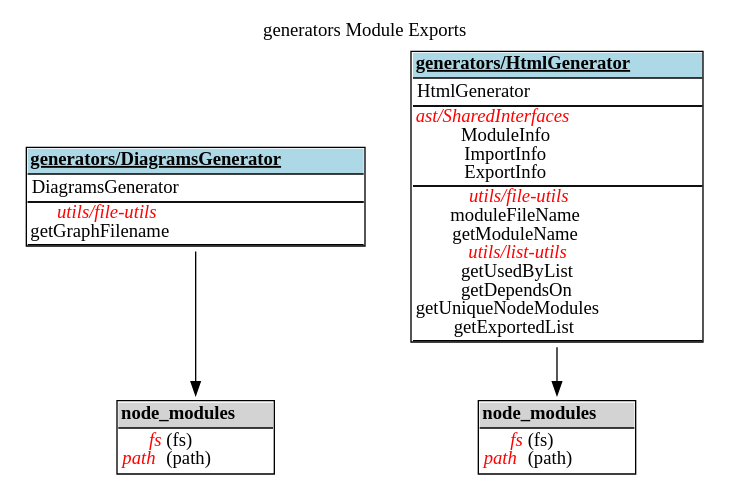
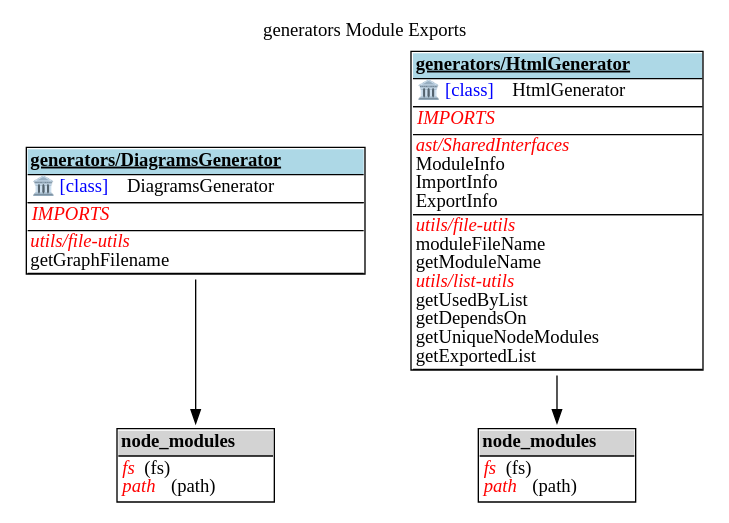
Before and after one commit to fleebe/GitHubPages: the diagram in dep-graph-ts/generators_ExportGraph.dot, drawn with Graphviz. The commit also changed 22 other files, not shown here.

Commit message:
Update docs for dep-graph-ts from fleebe/dep-graph-ts workflow

```diff
--- a/dep-graph-ts/generators_ExportGraph.dot
+++ b/dep-graph-ts/generators_ExportGraph.dot
@@ -1,51 +1,57 @@
 digraph {label="generators Module Exports";
 labelloc="t";
 "generators/DiagramsGenerator" [shape=none, label=<<TABLE cellspacing="0" cellborder="0" align="left">
-<TR><TD bgcolor="lightblue" HREF="tsdocs\modules\generators_DiagramsGenerator.html" TARGET="_blank" align="center"><U><B>generators/DiagramsGenerator</B></U></TD></TR>
-<TR><TD BORDER="1" SIDES="TB" align="left">
-DiagramsGenerator<BR/>
+<TR><TD bgcolor="lightblue" HREF="tsdocs\modules\generators_DiagramsGenerator.html" TARGET="_blank" align="CENTER"><U><B>generators/DiagramsGenerator</B></U></TD></TR>
+<TR><TD BORDER="1" SIDES="TB" ALIGN="LEFT" BALIGN="LEFT">
+<font color='blue'>🏛️ [class]</font>  DiagramsGenerator<BR/>
 </TD></TR>
-<TR><TD BORDER="1" SIDES="TB" cellpadding="1" align="left">
+<TR><TD BORDER="1" SIDES="T" align="LEFT">
+<font color="red"><I>IMPORTS</I></font><BR/>
+</TD></TR>
+<TR><TD BORDER="1" SIDES="TB" cellpadding="1" align="left" BALIGN="LEFT">
 <font color="red"><I>utils/file-utils</I></font><BR/>
 getGraphFilename<BR/>
 </TD></TR>
 </TABLE>>];
 "generators/DiagramsGenerator-node_modules" [shape=none, label=<<TABLE cellspacing="0" cellborder="0" align="left">
 <TR><TD bgcolor="lightgrey" align="center"><B>node_modules</B></TD></TR>
-<TR><TD BORDER="1" SIDES="T" align="left">
-<font color="red"><I>fs</I></font> (fs)<BR/>
-<font color="red"><I>path</I></font> (path)<BR/>
+<TR><TD BORDER="1" SIDES="T" align="left" BALIGN="LEFT">
+<font color="red"><I>fs</I></font>  (fs)<BR/>
+<font color="red"><I>path</I></font>  (path)<BR/>
 </TD></TR>
 </TABLE>>];
 "generators/DiagramsGenerator"->"generators/DiagramsGenerator-node_modules";
 "generators/HtmlGenerator" [shape=none, label=<<TABLE cellspacing="0" cellborder="0" align="left">
-<TR><TD bgcolor="lightblue" HREF="tsdocs\modules\generators_HtmlGenerator.html" TARGET="_blank" align="center"><U><B>generators/HtmlGenerator</B></U></TD></TR>
-<TR><TD BORDER="1" SIDES="TB" align="left">
-HtmlGenerator<BR/>
+<TR><TD bgcolor="lightblue" HREF="tsdocs\modules\generators_HtmlGenerator.html" TARGET="_blank" align="CENTER"><U><B>generators/HtmlGenerator</B></U></TD></TR>
+<TR><TD BORDER="1" SIDES="TB" ALIGN="LEFT" BALIGN="LEFT">
+<font color='blue'>🏛️ [class]</font>  HtmlGenerator<BR/>
 </TD></TR>
-<TR><TD BORDER="1" SIDES="TB" cellpadding="1" align="left">
+<TR><TD BORDER="1" SIDES="T" align="LEFT">
+<font color="red"><I>IMPORTS</I></font><BR/>
+</TD></TR>
+<TR><TD BORDER="1" SIDES="TB" cellpadding="1" align="left" BALIGN="LEFT">
 <font color="red"><I>ast/SharedInterfaces</I></font><BR/>
 ModuleInfo<BR/>
 ImportInfo<BR/>
 ExportInfo<BR/>
 </TD></TR>
-<TR><TD BORDER="1" SIDES="TB" cellpadding="1" align="left">
+<TR><TD BORDER="1" SIDES="TB" cellpadding="1" align="left" BALIGN="LEFT">
 <font color="red"><I>utils/file-utils</I></font><BR/>
 moduleFileName<BR/>
 getModuleName<BR/>
 <font color="red"><I>utils/list-utils</I></font><BR/>
 getUsedByList<BR/>
 getDependsOn<BR/>
 getUniqueNodeModules<BR/>
 getExportedList<BR/>
 </TD></TR>
 </TABLE>>];
 "generators/HtmlGenerator-node_modules" [shape=none, label=<<TABLE cellspacing="0" cellborder="0" align="left">
 <TR><TD bgcolor="lightgrey" align="center"><B>node_modules</B></TD></TR>
-<TR><TD BORDER="1" SIDES="T" align="left">
-<font color="red"><I>fs</I></font> (fs)<BR/>
-<font color="red"><I>path</I></font> (path)<BR/>
+<TR><TD BORDER="1" SIDES="T" align="left" BALIGN="LEFT">
+<font color="red"><I>fs</I></font>  (fs)<BR/>
+<font color="red"><I>path</I></font>  (path)<BR/>
 </TD></TR>
 </TABLE>>];
 "generators/HtmlGenerator"->"generators/HtmlGenerator-node_modules";
 }
```
